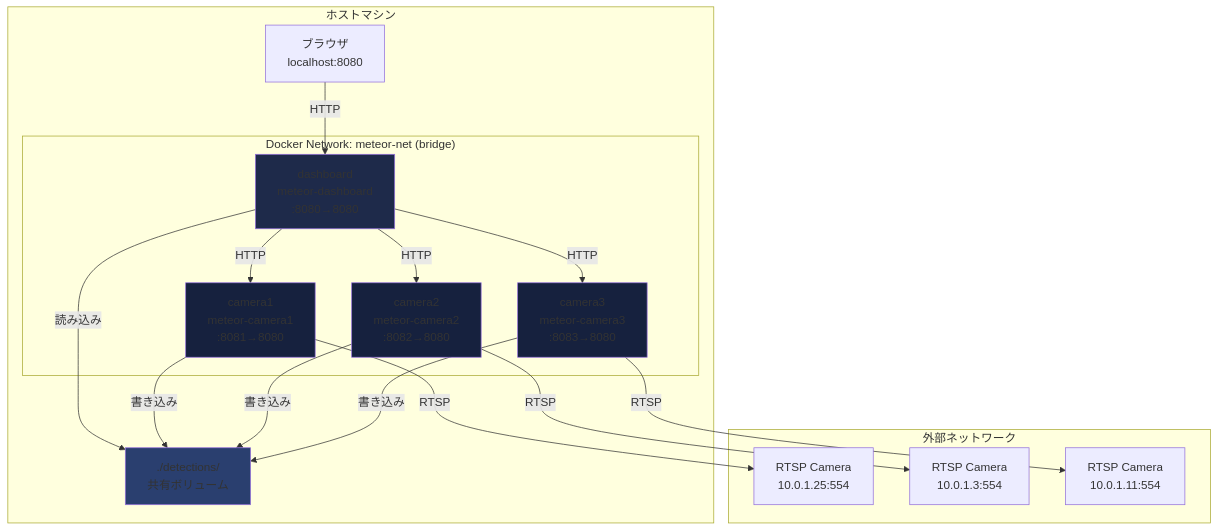
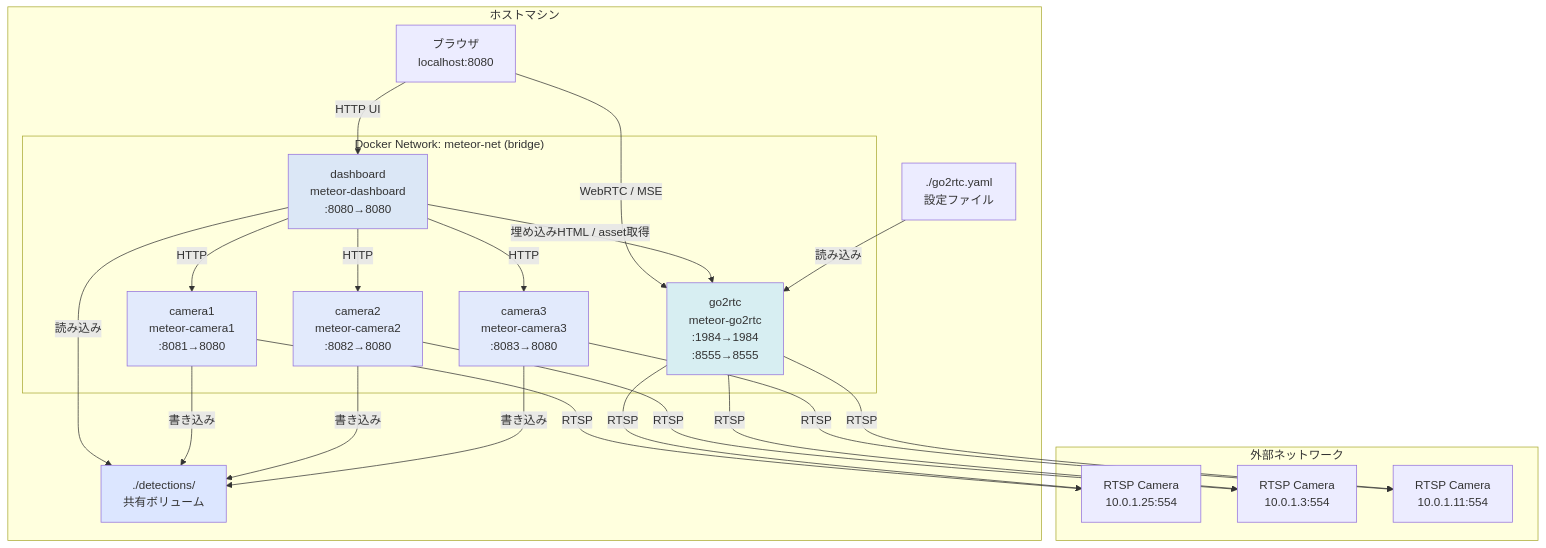
One commit to Masakai/meteo changed the first of 10 diagrams in documents/DOCKER_ARCHITECTURE.md. Above: the diagram before and after it, drawn with Mermaid. The commit also changed other lines of this file and 8 other files, not shown here.

Commit message:
- Mermaidダイアグラム用スタイルのカラーパレットを調整   - セーフティカラーを温和なトーンへ変更   - Mermaidテーマ設定のドキュメントやスクリプトを更新 - WebRTC/Go2RTC関連のドキュメント強化   - `go2rtc` コンテナ仕様、図解を追加   - ダッシュボード埋め込み方式とストリーミング設定を反映   - 構築手順にポートや依存関係情報を補足

````diff
--- a/documents/DOCKER_ARCHITECTURE.md
+++ b/documents/DOCKER_ARCHITECTURE.md
@@ -22,41 +22,50 @@
 ```mermaid
 graph TB
     subgraph "ホストマシン"
         Detections["./detections/<br/>共有ボリューム"]
+        Go2RTCConf["./go2rtc.yaml<br/>設定ファイル"]
 
         subgraph "Docker Network: meteor-net (bridge)"
             Dashboard["dashboard<br/>meteor-dashboard<br/>:8080→8080"]
+            Go2RTC["go2rtc<br/>meteor-go2rtc<br/>:1984→1984<br/>:8555→8555"]
             Camera1["camera1<br/>meteor-camera1<br/>:8081→8080"]
             Camera2["camera2<br/>meteor-camera2<br/>:8082→8080"]
             Camera3["camera3<br/>meteor-camera3<br/>:8083→8080"]
         end
 
         Browser["ブラウザ<br/>localhost:8080"]
     end
 
     subgraph "外部ネットワーク"
         RTSP1["RTSP Camera<br/>10.0.1.25:554"]
         RTSP2["RTSP Camera<br/>10.0.1.3:554"]
         RTSP3["RTSP Camera<br/>10.0.1.11:554"]
     end
 
-    Browser -->|"HTTP"| Dashboard
+    Browser -->|"HTTP UI"| Dashboard
+    Browser -->|"WebRTC / MSE"| Go2RTC
     Dashboard -->|"HTTP"| Camera1
     Dashboard -->|"HTTP"| Camera2
     Dashboard -->|"HTTP"| Camera3
+    Dashboard -->|"埋め込みHTML / asset取得"| Go2RTC
 
     Camera1 -->|"RTSP"| RTSP1
     Camera2 -->|"RTSP"| RTSP2
     Camera3 -->|"RTSP"| RTSP3
+    Go2RTC -->|"RTSP"| RTSP1
+    Go2RTC -->|"RTSP"| RTSP2
+    Go2RTC -->|"RTSP"| RTSP3
 
     Dashboard -->|"読み込み"| Detections
     Camera1 -->|"書き込み"| Detections
     Camera2 -->|"書き込み"| Detections
     Camera3 -->|"書き込み"| Detections
+    Go2RTCConf -->|"読み込み"| Go2RTC
 
-    style Dashboard fill:#1e2a4a
-    style Camera1 fill:#16213e
-    style Camera2 fill:#16213e
-    style Camera3 fill:#16213e
-    style Detections fill:#2a3f6f
+    style Dashboard fill:#dbe7f6
+    style Go2RTC fill:#d7eef2
+    style Camera1 fill:#e2eafc
+    style Camera2 fill:#e2eafc
+    style Camera3 fill:#e2eafc
+    style Detections fill:#dce6ff
 ```
````
